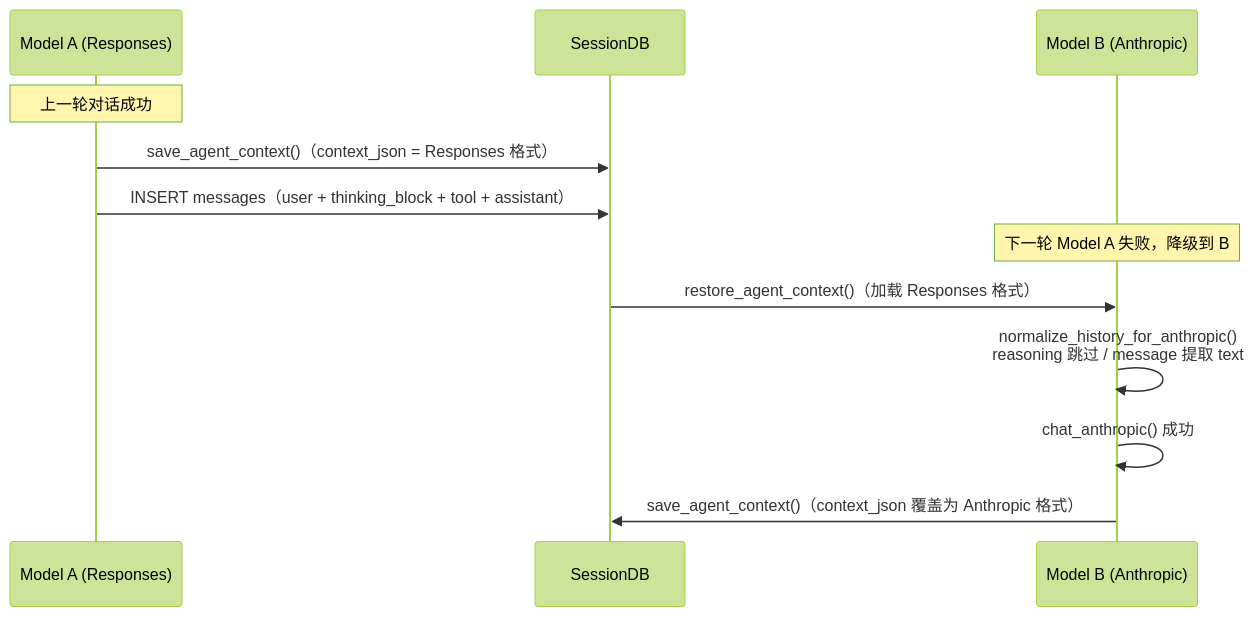
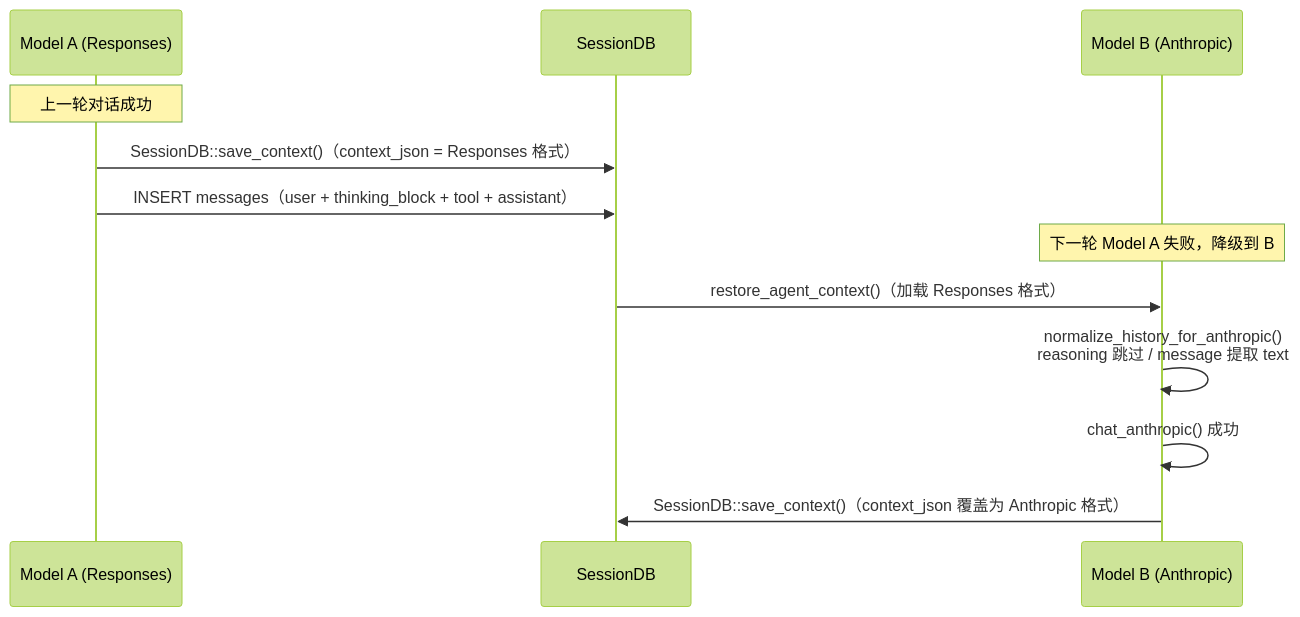
One commit to shiwenwen/hope-agent changed diagram 15 of 16 in docs/architecture/provider-system.md. Above: the diagram before and after it, drawn with Mermaid (forest theme). The commit also changed other lines of this file and 2 other files, not shown here.

````diff
--- a/docs/architecture/provider-system.md
+++ b/docs/architecture/provider-system.md
@@ -741,16 +740,16 @@
 ```mermaid
 sequenceDiagram
   participant A as Model A (Responses)
   participant DB as SessionDB
   participant B as Model B (Anthropic)
 
   Note over A: 上一轮对话成功
-  A->>DB: save_agent_context()（context_json = Responses 格式）
+  A->>DB: SessionDB::save_context()（context_json = Responses 格式）
   A->>DB: INSERT messages（user + thinking_block + tool + assistant）
 
   Note over B: 下一轮 Model A 失败，降级到 B
   DB->>B: restore_agent_context()（加载 Responses 格式）
   B->>B: normalize_history_for_anthropic()<br/>reasoning 跳过 / message 提取 text
   B->>B: chat_anthropic() 成功
-  B->>DB: save_agent_context()（context_json 覆盖为 Anthropic 格式）
+  B->>DB: SessionDB::save_context()（context_json 覆盖为 Anthropic 格式）
 ```
````
